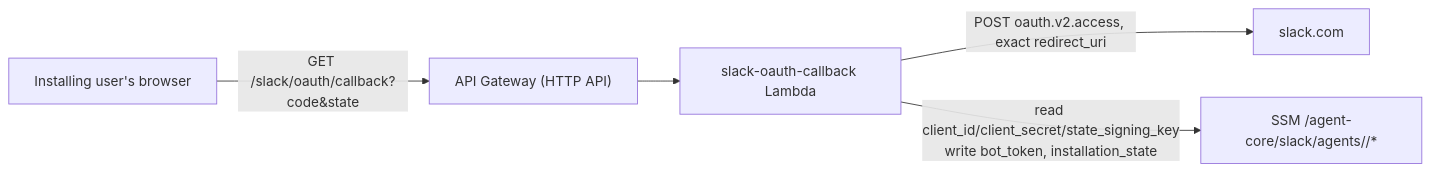
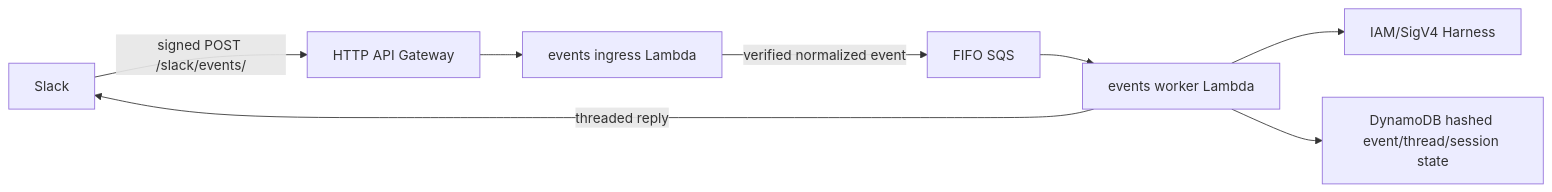
One commit to Myafq/agent-core-platform changed the second of 2 diagrams in docs/design.md. Above: the diagram before and after it, drawn with Mermaid. The commit also changed other lines of this file and 46 other files, not shown here.

Commit message:
feat(slack): adopt event-driven container adapters

````diff
--- a/docs/design.md
+++ b/docs/design.md
@@ -216,7 +143,10 @@
 ```mermaid
 flowchart LR
-  B["Installing user's browser"] -->|"GET /slack/oauth/callback?code&state"| G["API Gateway (HTTP API)"]
-  G --> L["slack-oauth-callback Lambda"]
-  L -->|"POST oauth.v2.access, exact redirect_uri"| SL["slack.com"]
-  L -->|"read client_id/client_secret/state_signing_key\nwrite bot_token, installation_state"| P["SSM /agent-core/slack/agents/<name>/*"]
+  S["Slack"] -->|"signed POST /slack/events/<agent>"| G["HTTP API Gateway"]
+  G --> I["events ingress Lambda"]
+  I -->|"verified normalized event"| Q["FIFO SQS"]
+  Q --> W["events worker Lambda"]
+  W --> H["IAM/SigV4 Harness"]
+  W -->|"threaded reply"| S
+  W --> D["DynamoDB hashed event/thread/session state"]
 ```
````
